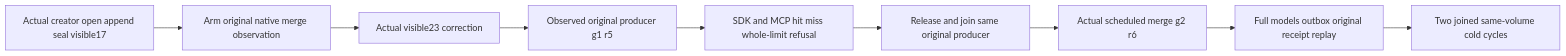
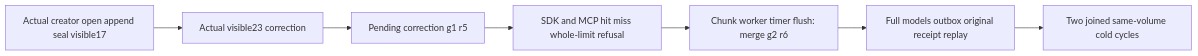
One commit to managedcode/KeyLoad changed the diagram in docs/Features/TimeSeries/PublicCorrectionPredicate.md. Above: the diagram before and after it, drawn with Mermaid. The commit also changed other lines of this file and 7356 other files, not shown here.

````diff
--- a/docs/Features/TimeSeries/PublicCorrectionPredicate.md
+++ b/docs/Features/TimeSeries/PublicCorrectionPredicate.md
@@ -30,11 +28,9 @@
 ```mermaid
 flowchart LR
-  Seed[Actual creator open append seal visible17] --> Arm[Arm original native merge observation]
-  Arm --> Late[Actual visible23 correction]
-  Late --> Held[Observed original producer g1 r5]
-  Held --> Reads[SDK and MCP hit miss whole-limit refusal]
-  Reads --> Release[Release and join same original producer]
-  Release --> Merge[Actual scheduled merge g2 r6]
+  Seed[Actual creator open append seal visible17] --> Late[Actual visible23 correction]
+  Late --> Pending[Pending correction g1 r5]
+  Pending --> Reads[SDK and MCP hit miss whole-limit refusal]
+  Reads --> Merge[Chunk worker timer flush: merge g2 r6]
   Merge --> Replay[Full models outbox original receipt replay]
   Replay --> Cold[Two joined same-volume cold cycles]
 ```
````
